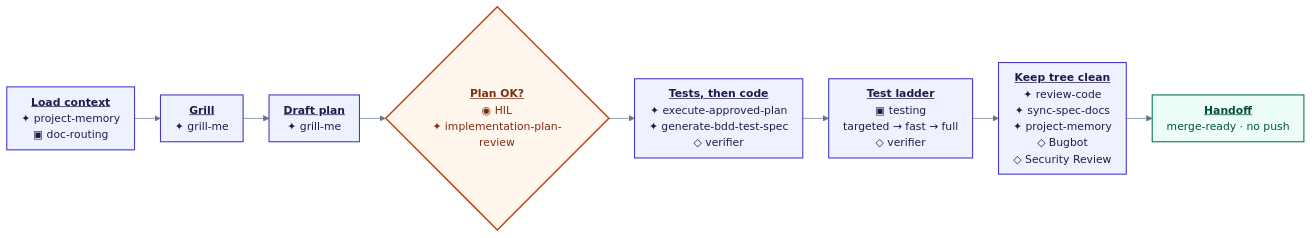
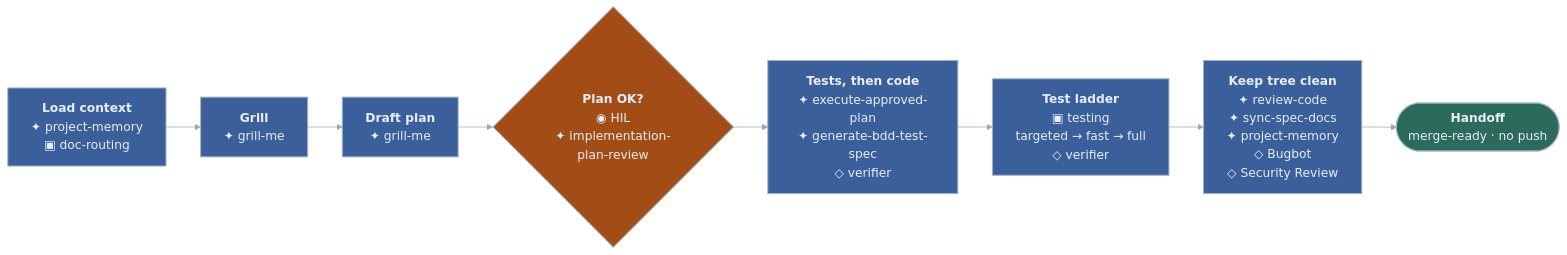
Before and after one commit to RaphaelBecker/cursor-harness: the second of 14 diagrams in README.md, drawn with Mermaid. The commit also changed other lines of this file and 12 other files, not shown here.

````diff
--- a/README.md
+++ b/README.md
@@ -65,19 +73,19 @@
 ```mermaid
-%%{init: {"theme":"base","themeVariables":{"fontFamily":"ui-sans-serif,system-ui,sans-serif","fontSize":"15px","lineColor":"#64748b"},"flowchart":{"curve":"linear","htmlLabels":true,"nodeSpacing":26,"rankSpacing":36,"padding":10,"useMaxWidth":true}}}%%
+%%{init: {"theme":"base","themeVariables":{"darkMode":true,"fontFamily":"ui-sans-serif, system-ui, -apple-system, Segoe UI, sans-serif","fontSize":"17px","background":"#2B313C","lineColor":"#9AA6B8","textColor":"#9AA6B8","primaryTextColor":"#E8EEF7","edgeLabelBackground":"#2B313C"},"flowchart":{"curve":"basis","htmlLabels":true,"nodeSpacing":35,"rankSpacing":48,"padding":16,"useMaxWidth":true}}}%%
 flowchart LR
-  d1["<b><u>Load context</u></b><br/>✦ project-memory<br/>▣ doc-routing"]
-  d2["<b><u>Grill</u></b><br/>✦ grill-me"]
-  d3["<b><u>Draft plan</u></b><br/>✦ grill-me"]
-  d4{"<b><u>Plan OK?</u></b><br/>◉ HIL<br/>✦ implementation-plan-review"}
-  n1["<b><u>Tests, then code</u></b><br/>✦ execute-approved-plan<br/>✦ generate-bdd-test-spec<br/>◇ verifier"]
-  n2["<b><u>Test ladder</u></b><br/>▣ testing<br/>targeted → fast → full<br/>◇ verifier"]
-  n3["<b><u>Keep tree clean</u></b><br/>✦ review-code<br/>✦ sync-spec-docs<br/>✦ project-memory<br/>◇ Bugbot<br/>◇ Security Review"]
-  n4["<b><u>Handoff</u></b><br/>merge-ready · no push"]
+  d1["<b>Load context</b><br/>✦ project-memory<br/>▣ doc-routing"]
+  d2["<b>Grill</b><br/>✦ grill-me"]
+  d3["<b>Draft plan</b><br/>✦ grill-me"]
+  d4{"<b>Plan OK?</b><br/>◉ HIL<br/>✦ implementation-plan-review"}
+  n1["<b>Tests, then code</b><br/>✦ execute-approved-plan<br/>✦ generate-bdd-test-spec<br/>◇ verifier"]
+  n2["<b>Test ladder</b><br/>▣ testing<br/>targeted → fast → full<br/>◇ verifier"]
+  n3["<b>Keep tree clean</b><br/>✦ review-code<br/>✦ sync-spec-docs<br/>✦ project-memory<br/>◇ Bugbot<br/>◇ Security Review"]
+  n4(["<b>Handoff</b><br/>merge-ready · no push"])
   d1 --> d2 --> d3 --> d4 --> n1 --> n2 --> n3 --> n4
-  classDef skill fill:#eef2ff,stroke:#4338ca,stroke-width:1.5px,color:#1e1b4b
-  classDef hil fill:#fff7ed,stroke:#c2410c,stroke-width:2px,color:#7c2d12
-  classDef done fill:#ecfdf5,stroke:#047857,stroke-width:1.5px,color:#064e3b
+  classDef skill fill:#3A5F9A,stroke:#A8B4C4,stroke-width:1.4px,color:#E8EEF7
+  classDef hil fill:#A34D16,stroke:#A8B4C4,stroke-width:1.4px,color:#E8EEF7
+  classDef done fill:#2A6B5C,stroke:#A8B4C4,stroke-width:1.4px,color:#E8EEF7
   class d1,d2,d3,n1,n2,n3 skill
   class d4 hil
   class n4 done
 ```
````
